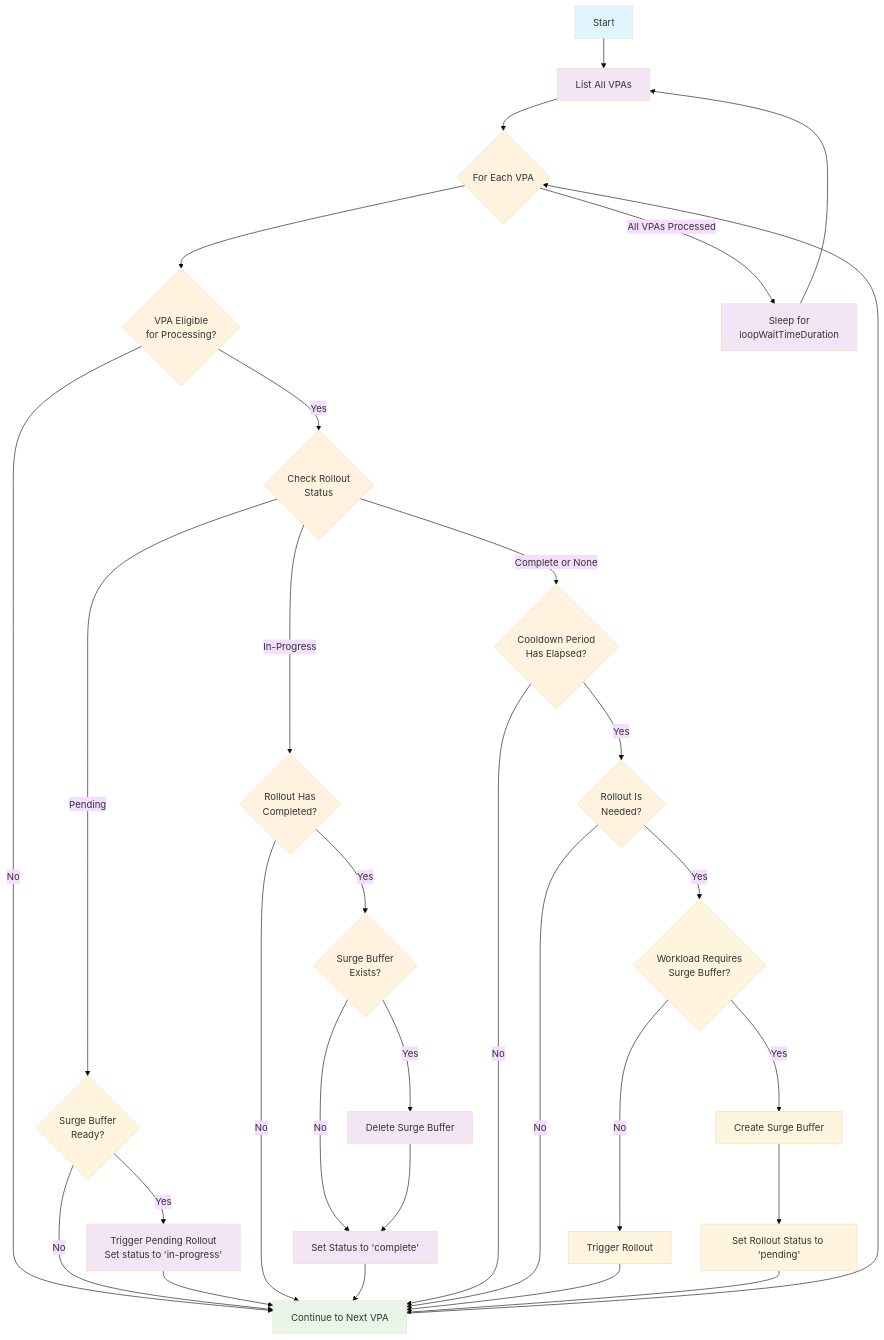
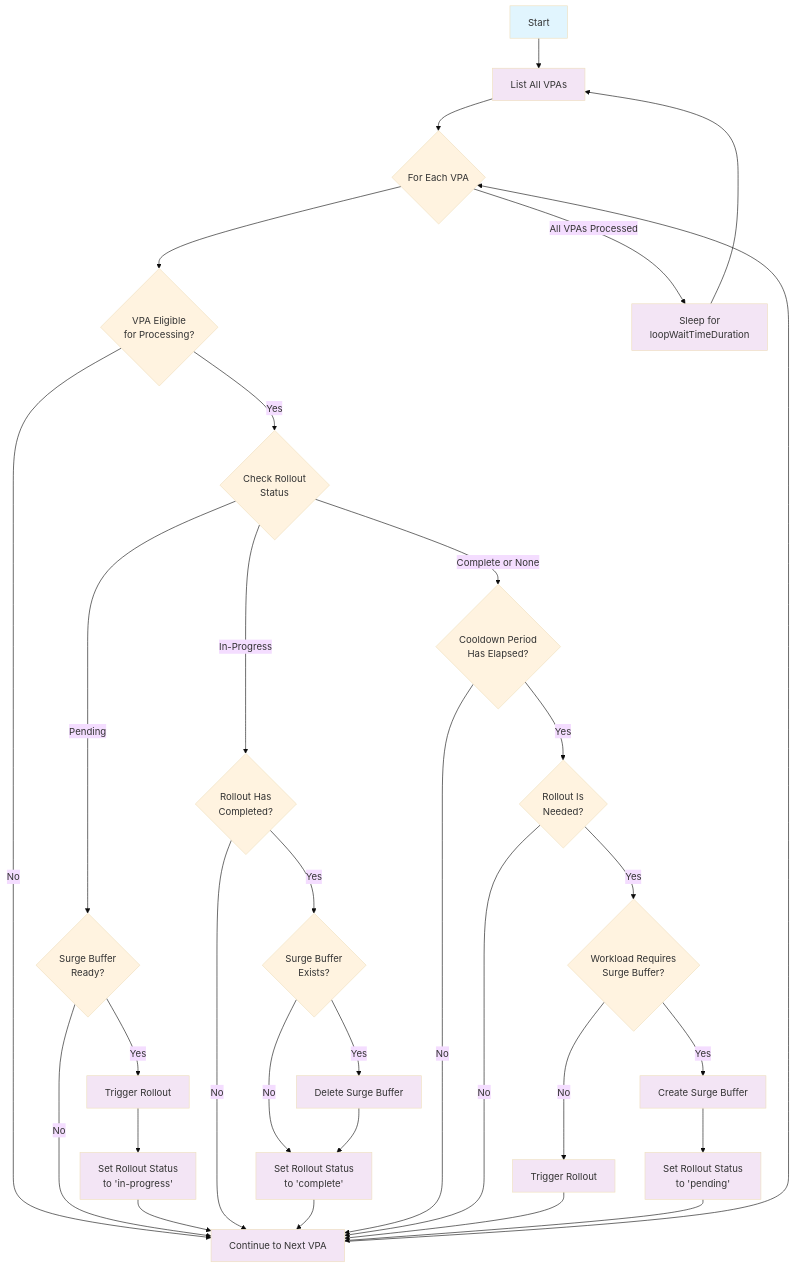
One commit to marcdavoli/vpa-rollout-controller changed the diagram in README.md. Above: the diagram before and after it, drawn with Mermaid (base theme).

Commit message:
fix: formatting

````diff
--- a/README.md
+++ b/README.md
@@ -109,52 +109,52 @@
 ```mermaid
 flowchart TD
     Start --> ListVPAs[List All VPAs]
     
     ListVPAs --> VPALoop{For Each VPA}
     
     VPALoop --> CheckEligible{VPA Eligible<br/>for Processing?}
     CheckEligible -->|No| NextVPA[Continue to Next VPA]
     NextVPA --> VPALoop
     
     CheckEligible -->|Yes| CheckStatus{Check Rollout<br/>Status}
     
     CheckStatus -->|Pending| CheckBufferReady{Surge Buffer<br/>Ready?}
     CheckBufferReady -->|No| NextVPA
-    CheckBufferReady -->|Yes| TriggerPending[Trigger Pending Rollout<br/>Set status to 'in-progress']
-    TriggerPending --> NextVPA
+    CheckBufferReady -->|Yes| TriggerPending[Trigger Rollout]
+    TriggerPending --> setstatusToInProgress[Set Rollout Status<br/>to 'in-progress']
+    setstatusToInProgress --> NextVPA
     
     CheckStatus -->|In-Progress| CheckCompleted{Rollout Has<br/>Completed?}
     CheckCompleted -->|No| NextVPA
     CheckCompleted -->|Yes| CleanupBuffer{Surge Buffer<br/>Exists?}
     CleanupBuffer -->|Yes| DeleteBuffer[Delete Surge Buffer]
-    CleanupBuffer -->|No| SetComplete[Set Status to 'complete']
+    CleanupBuffer -->|No| SetComplete[Set Rollout Status<br/>to 'complete']
     DeleteBuffer --> SetComplete
     SetComplete --> NextVPA
     
     CheckStatus -->|Complete or None| CheckCooldown{Cooldown Period<br/>Has Elapsed?}
     
     CheckCooldown -->|No| NextVPA
     CheckCooldown -->|Yes| CheckRolloutNeeded{Rollout Is<br/>Needed?}
     
     CheckRolloutNeeded -->|No| NextVPA
     CheckRolloutNeeded -->|Yes| CreateSurgeBufferDecision{Workload Requires<br/>Surge Buffer?}
     CreateSurgeBufferDecision -->|Yes| CreateSurgeBuffer[Create Surge Buffer]
-    CreateSurgeBuffer --> SetPendingStatus[Set Rollout Status to 'pending']
+    CreateSurgeBuffer --> SetPendingStatus[Set Rollout Status<br/>to 'pending']
     CreateSurgeBufferDecision -->|No| DoTriggerRollout[Trigger Rollout]
     DoTriggerRollout --> NextVPA
     SetPendingStatus --> NextVPA
     
     VPALoop -->|All VPAs Processed| WaitLoop[Sleep for<br/>loopWaitTimeDuration]
     WaitLoop --> ListVPAs
     
     %% Styling
     classDef startEnd fill:#e1f5fe
     classDef process fill:#f3e5f5
     classDef decision fill:#fff3e0
     classDef action fill:#e8f5e8
     
     class Start startEnd
-    class ListVPAs,GetWorkload,TriggerPending,DeleteBuffer,SetComplete,TriggerRollout,WaitLoop process
-    class CheckEligible,CheckStatus,CheckCompleted,CleanupBuffer,CheckCooldown,CheckRolloutNeeded,VPALoop decision
-    class NextVPA action
+    class ListVPAs,WaitLoop,NextVPA,DeleteBuffer,SetComplete,TriggerPending,TriggerRollout,SetPendingStatus,DoTriggerRollout,CreateSurgeBuffer,setstatusToInProgress process
+    class CheckEligible,CheckStatus,CheckCompleted,CleanupBuffer,CheckCooldown,CheckRolloutNeeded,VPALoop,CheckBufferReady,CreateSurgeBufferDecision decision
 ```
````
